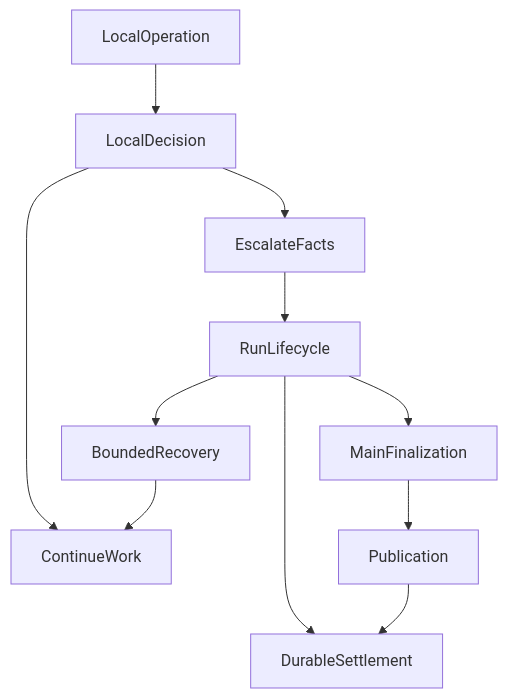
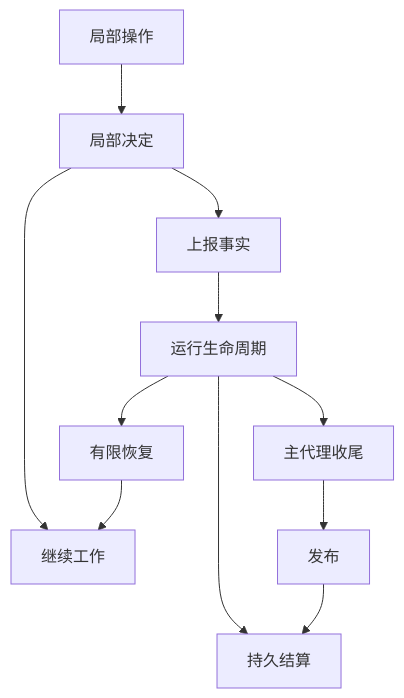
Before and after one commit to hpoenixf/eff-agent-article: the first of 2 diagrams in articles/agent-veto-authority-and-run-termination.md, drawn with Mermaid. The commit also changed other lines of this file and 52 other files, not shown here.

Commit message:
docs: localize diagrams and clarify flagship guides

````diff
--- a/articles/agent-veto-authority-and-run-termination.md
+++ b/articles/agent-veto-authority-and-run-termination.md
@@ -75,13 +75,13 @@
 ```mermaid
 graph TD
-LocalOperation --> LocalDecision
-LocalDecision --> ContinueWork
-LocalDecision --> EscalateFacts
-EscalateFacts --> RunLifecycle
-RunLifecycle --> BoundedRecovery
-RunLifecycle --> MainFinalization
-RunLifecycle --> DurableSettlement
+LocalOperation["局部操作"] --> LocalDecision["局部决定"]
+LocalDecision --> ContinueWork["继续工作"]
+LocalDecision --> EscalateFacts["上报事实"]
+EscalateFacts --> RunLifecycle["运行生命周期"]
+RunLifecycle --> BoundedRecovery["有限恢复"]
+RunLifecycle --> MainFinalization["主代理收尾"]
+RunLifecycle --> DurableSettlement["持久结算"]
 BoundedRecovery --> ContinueWork
-MainFinalization --> Publication
+MainFinalization --> Publication["发布"]
 Publication --> DurableSettlement
 ```
````
